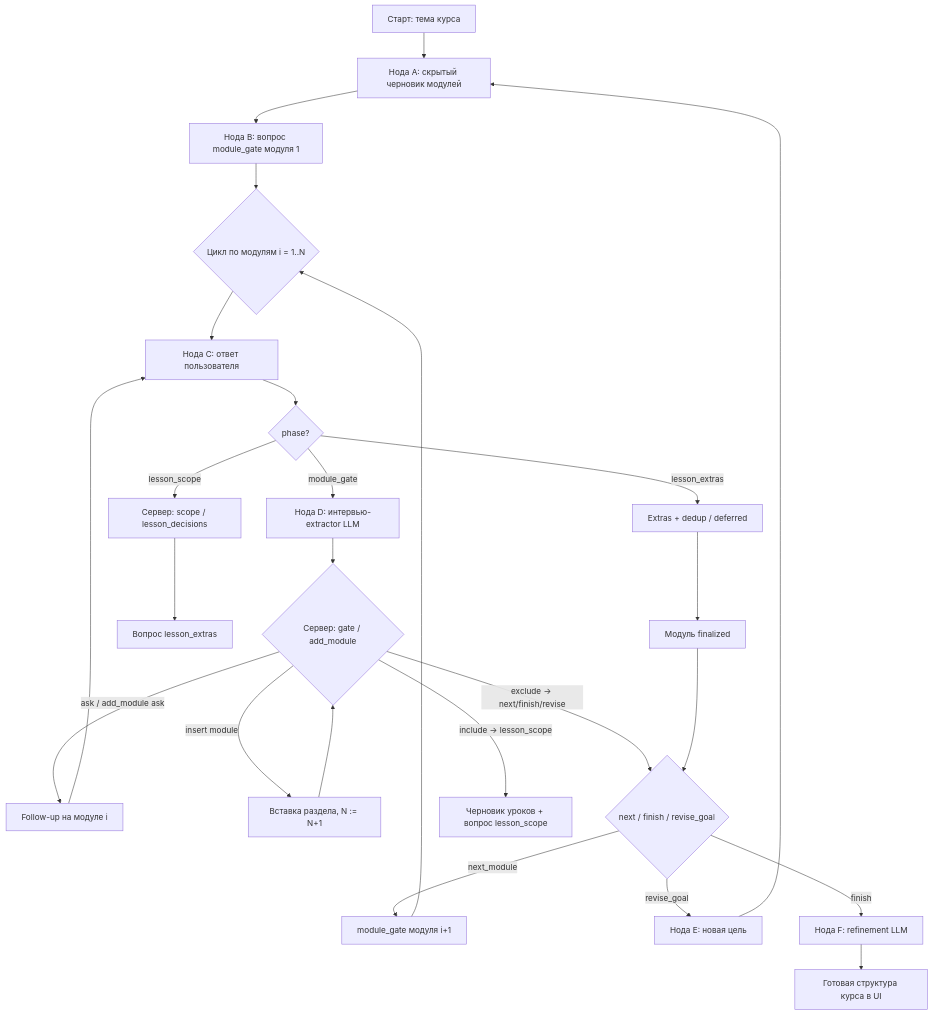
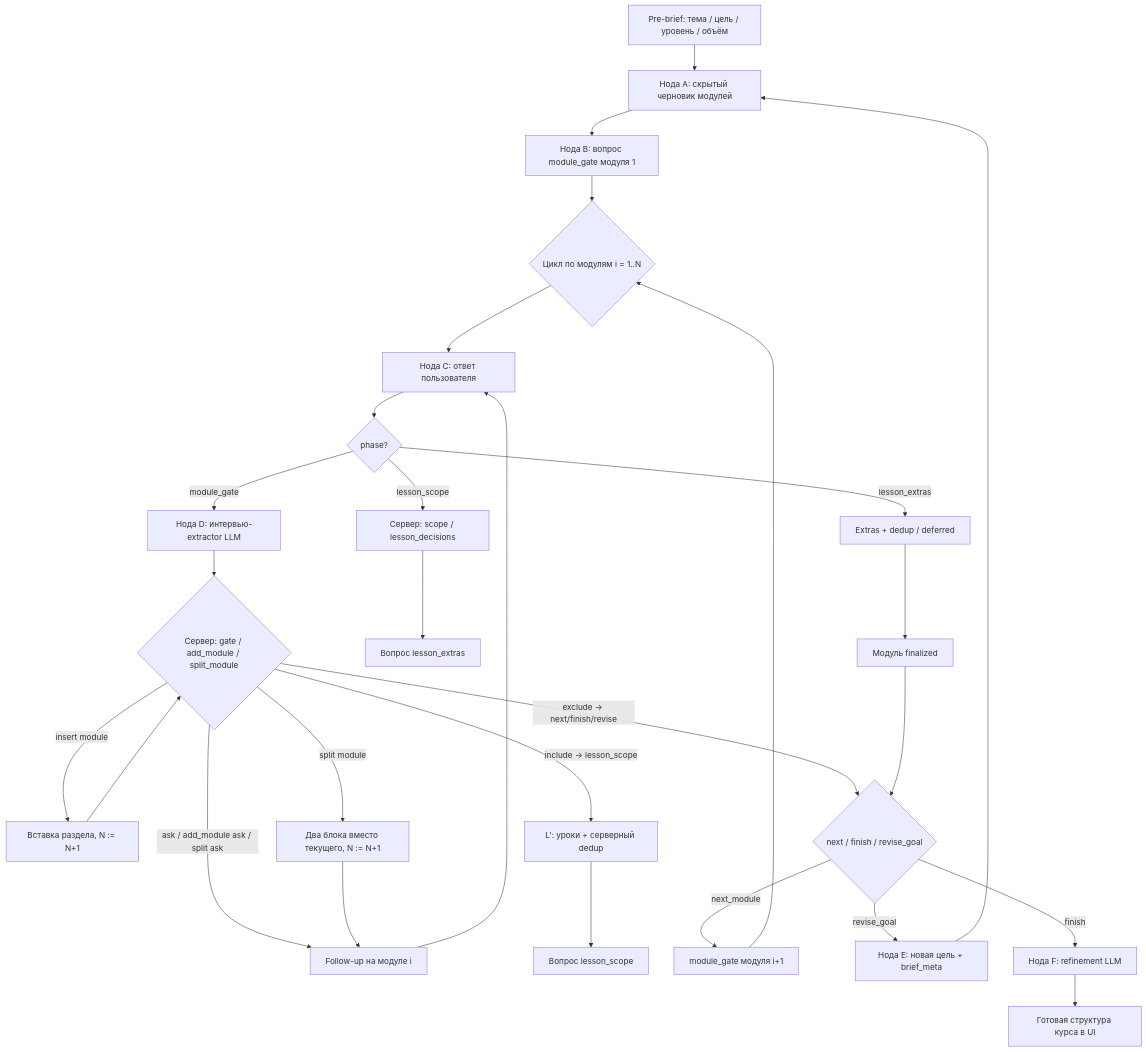
The diagram in docs/COURSE_BRIEF_INTERVIEW_PROMPTS.md (oresh247/course-web-platform), drawn with Mermaid before and after one commit. The commit also changed other lines of this file and 11 other files, not shown here.

First line of the commit message:
Улучшен Course Brief: pre-brief, split_module, dedup уроков и фиксы опроса.

````diff
--- a/docs/COURSE_BRIEF_INTERVIEW_PROMPTS.md
+++ b/docs/COURSE_BRIEF_INTERVIEW_PROMPTS.md
@@ -73,27 +74,30 @@
 ```mermaid
 flowchart TD
-  A[Старт: тема курса] --> B[Нода A: скрытый черновик модулей]
-  B --> C[Нода B: вопрос module_gate модуля 1]
+  PB[Pre-brief: тема / цель / уровень / объём] --> A[Нода A: скрытый черновик модулей]
+  A --> C[Нода B: вопрос module_gate модуля 1]
   C --> D{Цикл по модулям i = 1..N}
   D --> E[Нода C: ответ пользователя]
   E --> F{phase?}
   F -->|module_gate| G[Нода D: интервью-extractor LLM]
-  G --> H{Сервер: gate / add_module}
-  H -->|ask / add_module ask| I[Follow-up на модуле i]
+  G --> H{Сервер: gate / add_module / split_module}
+  H -->|ask / add_module ask / split ask| I[Follow-up на модуле i]
   I --> E
   H -->|insert module| J[Вставка раздела, N := N+1]
   J --> H
+  H -->|split module| JS[Два блока вместо текущего, N := N+1]
+  JS --> I
   H -->|exclude → next/finish/revise| K{next / finish / revise_goal}
-  H -->|include → lesson_scope| L[Черновик уроков + вопрос lesson_scope]
+  H -->|include → lesson_scope| L[L': уроки + серверный dedup]
+  L --> LS[Вопрос lesson_scope]
   F -->|lesson_scope| M[Сервер: scope / lesson_decisions]
   M --> N[Вопрос lesson_extras]
   F -->|lesson_extras| O[Extras + dedup / deferred]
   O --> P[Модуль finalized]
   P --> K
   K -->|next_module| Q[module_gate модуля i+1]
   Q --> D
-  K -->|revise_goal| R[Нода E: новая цель]
-  R --> B
+  K -->|revise_goal| R[Нода E: новая цель + brief_meta]
+  R --> A
   K -->|finish| S[Нода F: refinement LLM]
   S --> T[Готовая структура курса в UI]
 ```
````
